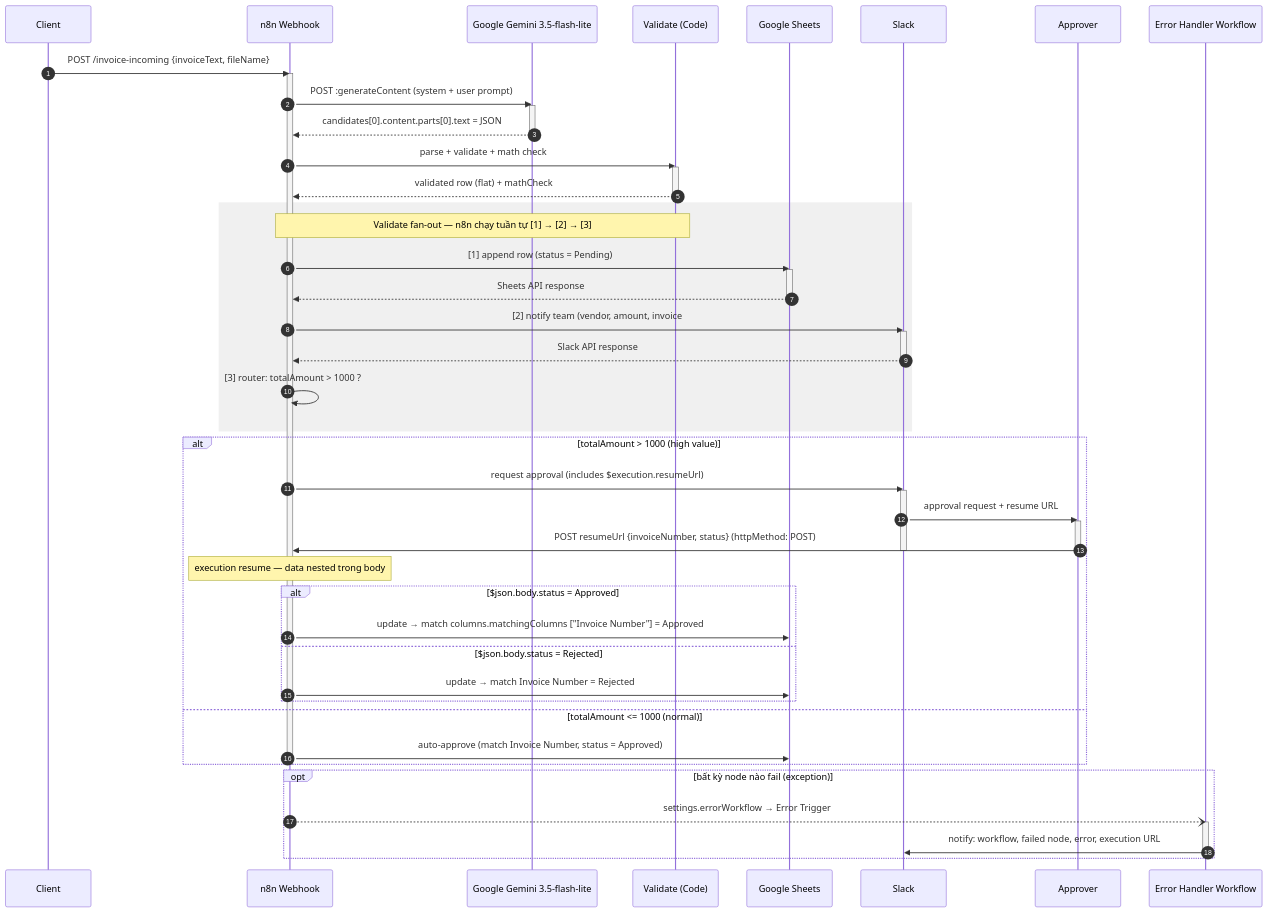
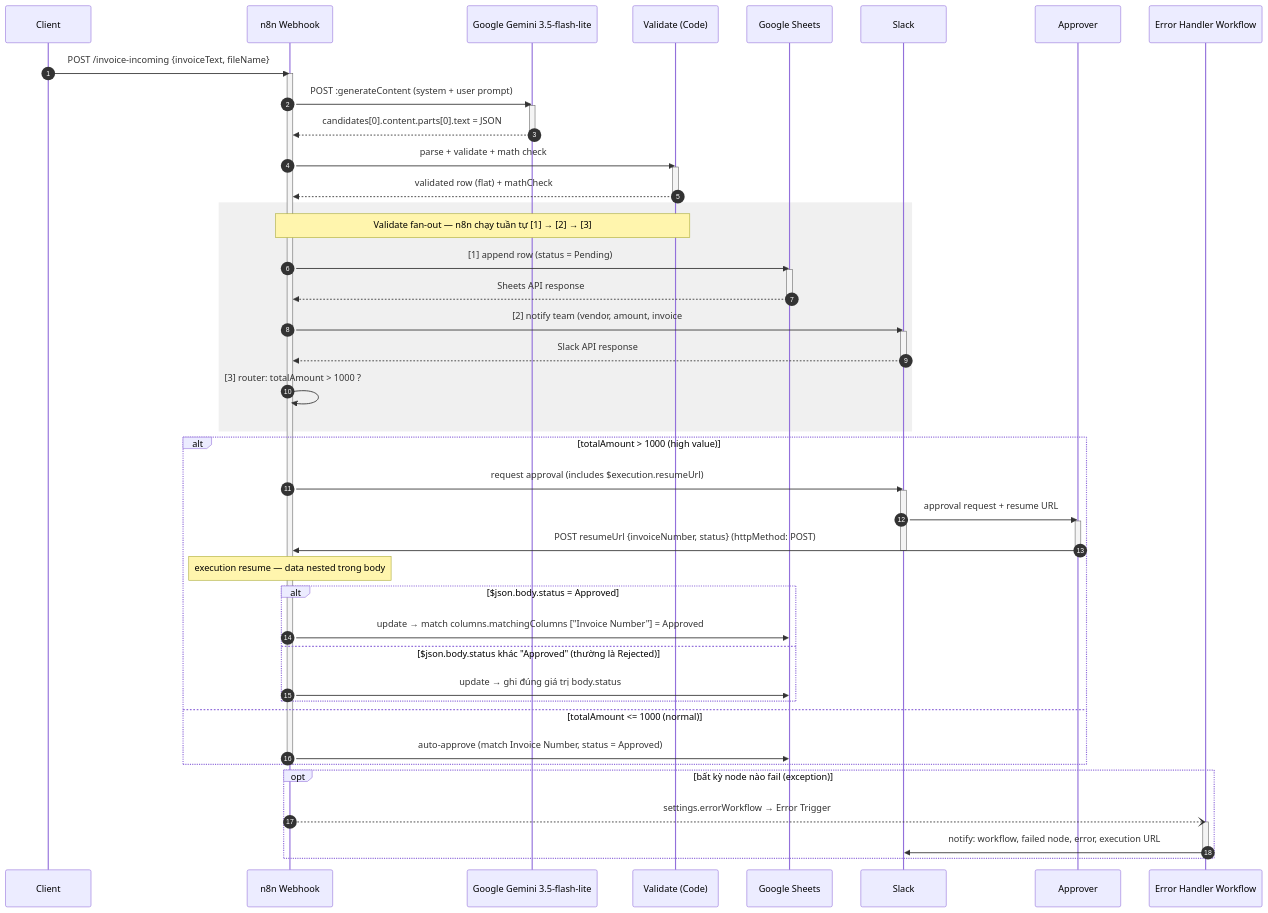
Before and after one commit to DoTuanPhong/make_-Invoice-processing-automated-workflow: the diagram in sequence-diagram.md, drawn with Mermaid. The commit also changed 3 other files, not shown here.

Commit message:
Update README and diagrams: upgrade Google Gemini to 3.5-flash-lite, enhance error handling, and add setup guide for automated invoice processing workflow.

````diff
--- a/sequence-diagram.md
+++ b/sequence-diagram.md
@@ -7,62 +7,62 @@
 ```mermaid
 sequenceDiagram
     autonumber
     participant C as Client
     participant W as n8n Webhook
     participant AI as Google Gemini 3.5-flash-lite
     participant V as Validate (Code)
     participant GS as Google Sheets
     participant SL as Slack
     participant AP as Approver
     participant EH as Error Handler Workflow
 
     C->>W: POST /invoice-incoming {invoiceText, fileName}
     activate W
     W->>AI: POST :generateContent (system + user prompt)
     activate AI
     AI-->>W: candidates[0].content.parts[0].text = JSON
     deactivate AI
     W->>V: parse + validate + math check
     activate V
     V-->>W: validated row (flat) + mathCheck
     deactivate V
 
     rect rgb(240, 240, 240)
     Note over W,V: Validate fan-out — n8n chạy tuần tự [1] → [2] → [3]
     W->>GS: [1] append row (status = Pending)
     activate GS
     GS-->>W: Sheets API response
     deactivate GS
     W->>SL: [2] notify team (vendor, amount, invoice#)
     activate SL
     SL-->>W: Slack API response
     deactivate SL
     W->>W: [3] router: totalAmount > 1000 ?
     end
 
     alt totalAmount > 1000 (high value)
         W->>SL: request approval (includes $execution.resumeUrl)
         activate SL
         SL->>AP: approval request + resume URL
         activate AP
         AP->>W: POST resumeUrl {invoiceNumber, status} (httpMethod: POST)
         deactivate AP
         deactivate SL
         Note over W: execution resume — data nested trong body
         alt $json.body.status = Approved
             W->>GS: update → match columns.matchingColumns ["Invoice Number"] = Approved
-        else $json.body.status = Rejected
-            W->>GS: update → match Invoice Number = Rejected
+        else $json.body.status khác "Approved" (thường là Rejected)
+            W->>GS: update → ghi đúng giá trị body.status
         end
     else totalAmount <= 1000 (normal)
         W->>GS: auto-approve (match Invoice Number, status = Approved)
     end
     deactivate W
 
     opt bất kỳ node nào fail (exception)
         W--)EH: settings.errorWorkflow → Error Trigger
         activate EH
         EH->>SL: notify: workflow, failed node, error, execution URL
         deactivate EH
     end
 ```
````
